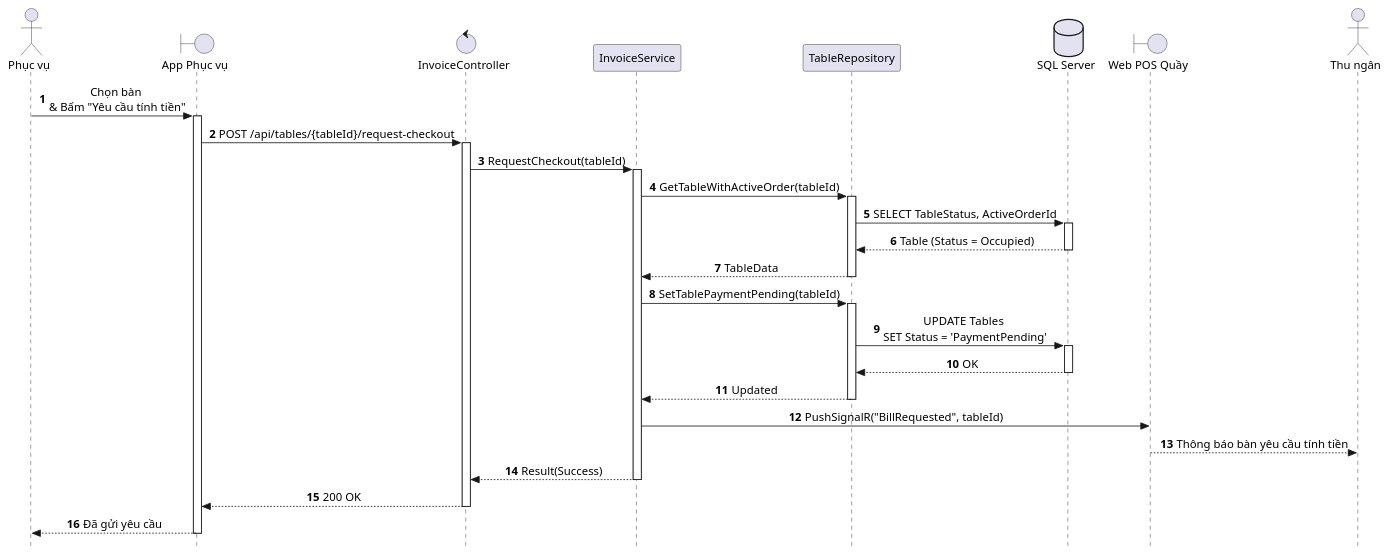
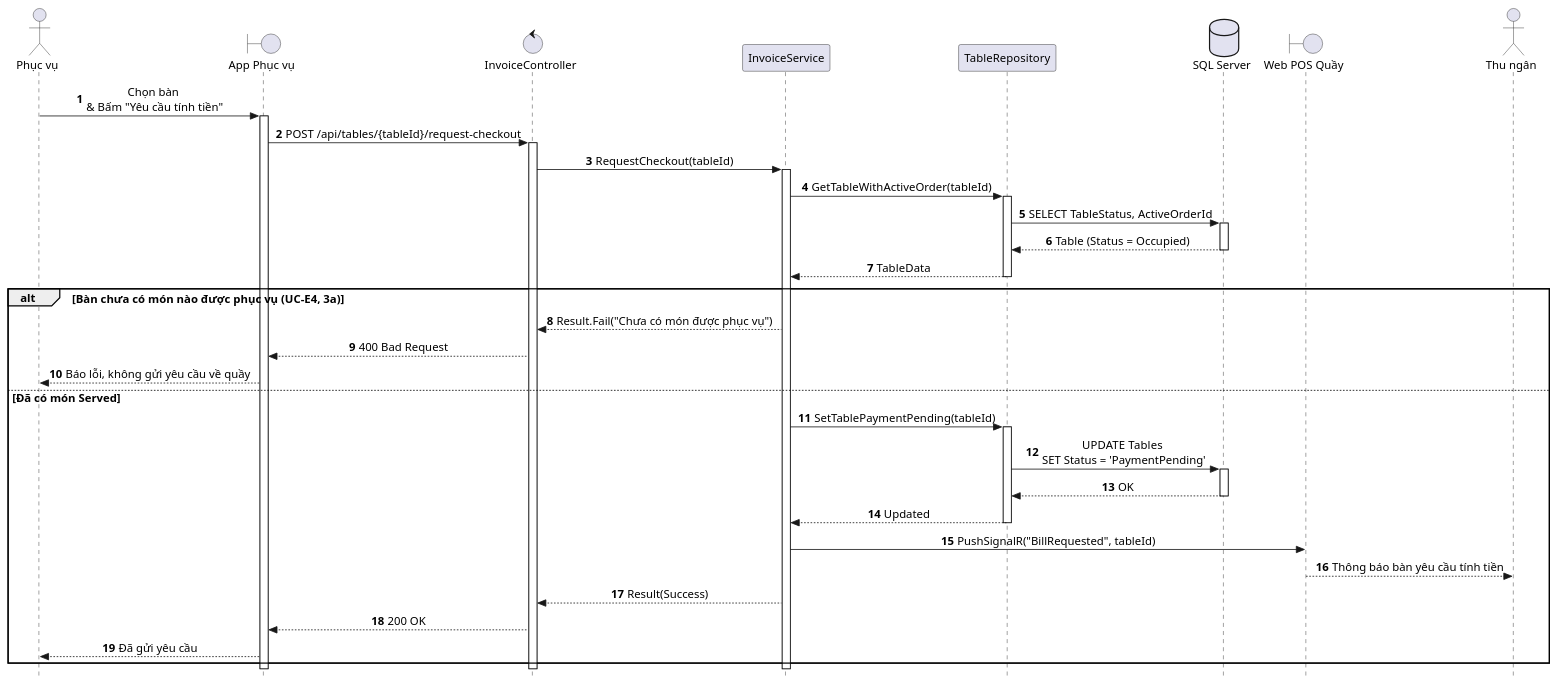
The diagram in docs/puml/sequences/SD_UC_E3_1_Request_Checkout.puml (AndrewQng/VinDining), drawn with PlantUML before and after one commit. The commit also changed 179 other files, not shown here.

First line of the commit message:
docs: align diagrams with the analysis report

```diff
--- a/docs/puml/sequences/SD_UC_E3_1_Request_Checkout.puml
+++ b/docs/puml/sequences/SD_UC_E3_1_Request_Checkout.puml
@@ -1,57 +1,63 @@
 @startuml SD_UC_E3_1_Request_Checkout
 autonumber
 skinparam style strictuml
 skinparam sequenceMessageAlign center
 skinparam responseMessageBelowArrow true
 skinparam defaultFontName "Segoe UI", Arial, sans-serif
 skinparam defaultFontSize 14
 
 actor "Phục vụ" as Waitstaff
 boundary "App Phục vụ" as MobileUI
 control "InvoiceController" as Controller
 participant "InvoiceService" as Service
 participant "TableRepository" as Repo
 database "SQL Server" as DB
 boundary "Web POS Quầy" as WebPOS
 actor "Thu ngân" as Cashier
 
 Waitstaff -> MobileUI: Chọn bàn \n& Bấm "Yêu cầu tính tiền"
 activate MobileUI
 
 MobileUI -> Controller: POST /api/tables/{tableId}/request-checkout
 activate Controller
 
 Controller -> Service: RequestCheckout(tableId)
 activate Service
 
 Service -> Repo: GetTableWithActiveOrder(tableId)
 activate Repo
 Repo -> DB: SELECT TableStatus, ActiveOrderId
 activate DB
 DB --> Repo: Table (Status = Occupied)
 deactivate DB
 Repo --> Service: TableData
 deactivate Repo
 
+alt Bàn chưa có món nào được phục vụ (UC-E4, 3a)
+    Service --> Controller: Result.Fail("Chưa có món được phục vụ")
+    Controller --> MobileUI: 400 Bad Request
+    MobileUI --> Waitstaff: Báo lỗi, không gửi yêu cầu về quầy
+else Đã có món Served
+
 Service -> Repo: SetTablePaymentPending(tableId)
 activate Repo
 Repo -> DB: UPDATE Tables \nSET Status = 'PaymentPending'
 activate DB
 DB --> Repo: OK
 deactivate DB
 Repo --> Service: Updated
 deactivate Repo
 
 Service -> WebPOS: PushSignalR("BillRequested", tableId)
 WebPOS --> Cashier: Thông báo bàn yêu cầu tính tiền
 
 Service --> Controller: Result(Success)
+Controller --> MobileUI: 200 OK
+
+MobileUI --> Waitstaff: Đã gửi yêu cầu
+end
 deactivate Service
-
-Controller --> MobileUI: 200 OK
 deactivate Controller
-
-MobileUI --> Waitstaff: Đã gửi yêu cầu 
 deactivate MobileUI
 
 @enduml
```
